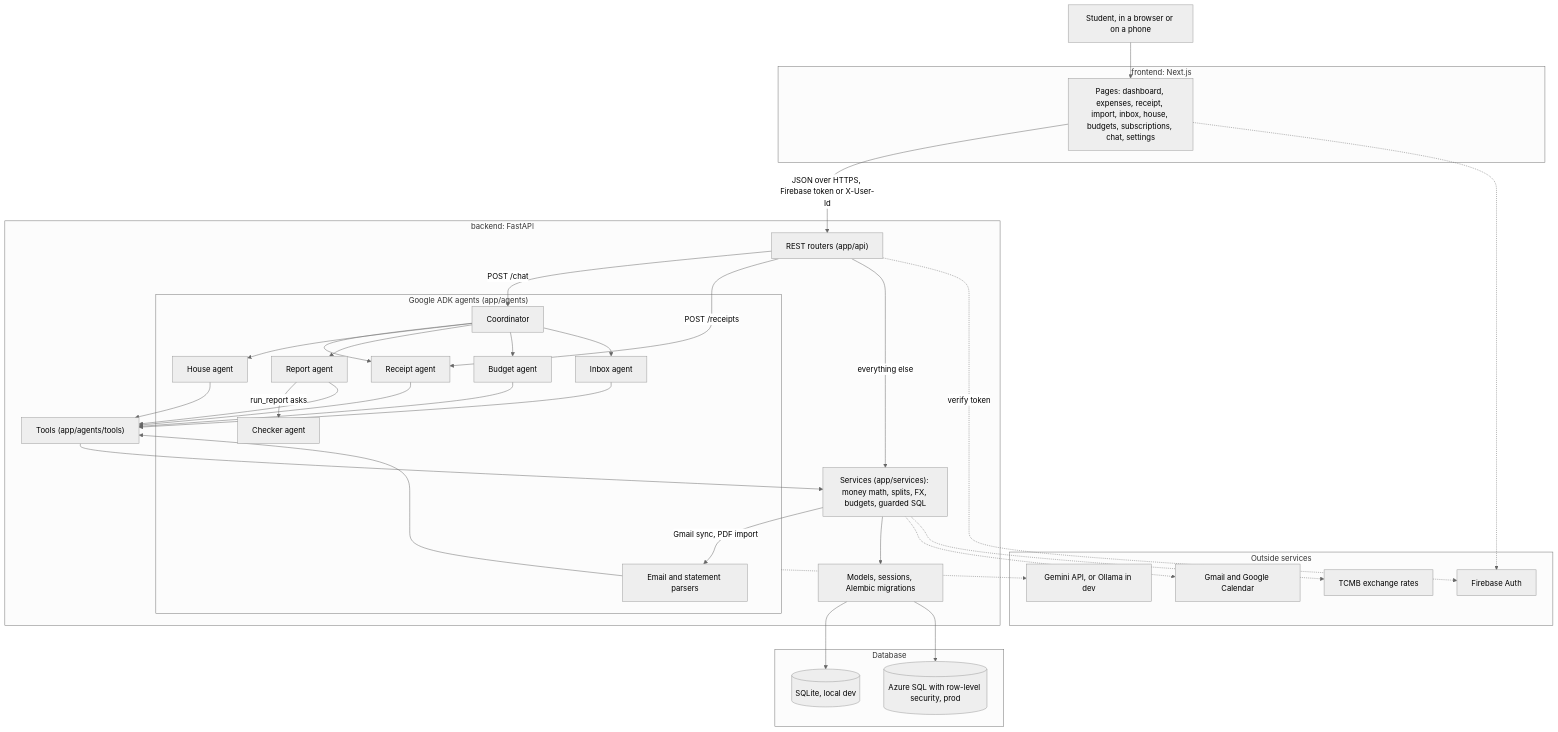
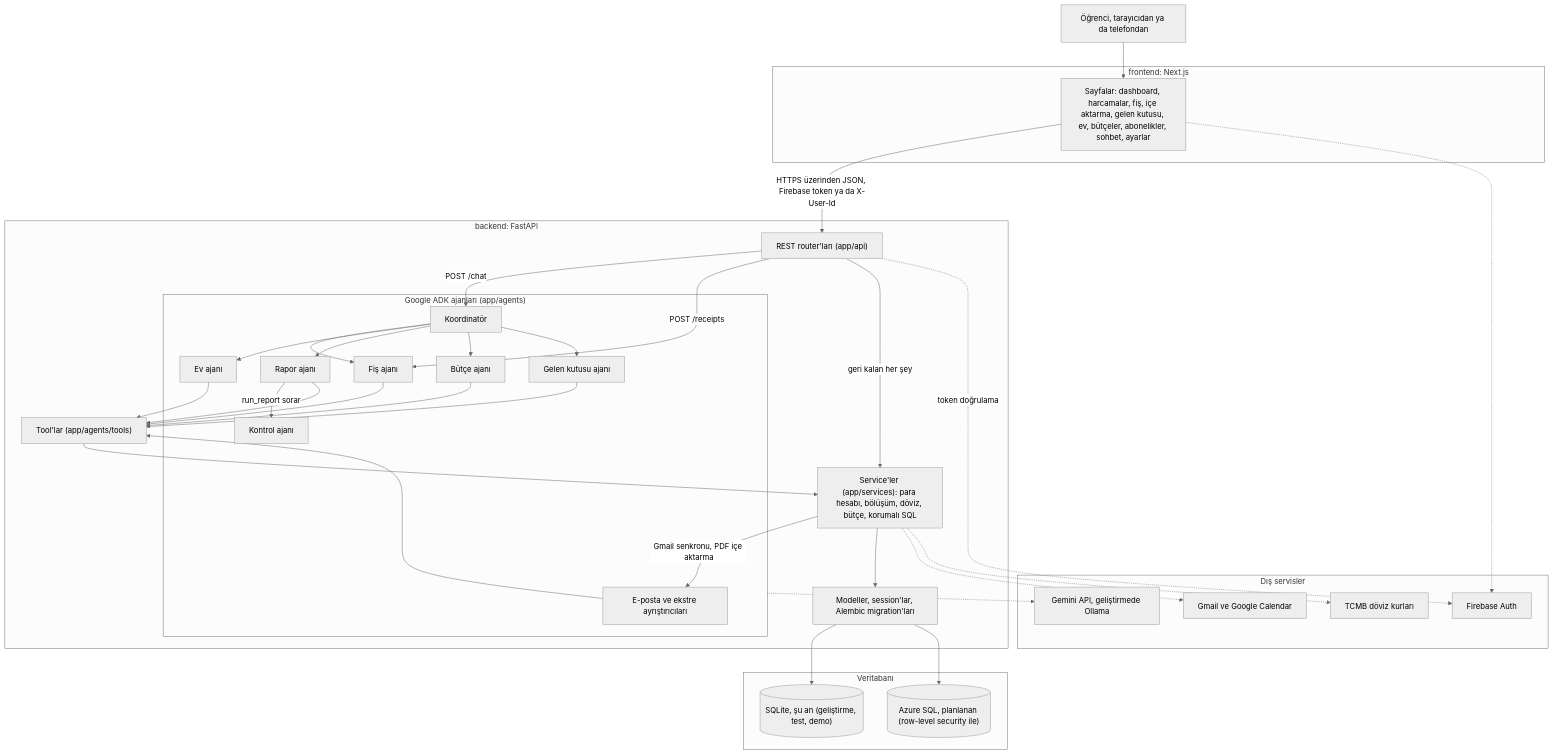
One commit to berkekcay/Kasa-Expense-Agent changed the first of 3 diagrams in docs/ARCHITECTURE.md. Above: the diagram before and after it, drawn with Mermaid (neutral theme). The commit also changed other lines of this file and 6 other files, not shown here.

First line of the commit message:
Docs in Turkish, database plan (SQLite now, Azure SQL later)

````diff
--- a/docs/ARCHITECTURE.md
+++ b/docs/ARCHITECTURE.md
@@ -29,56 +30,56 @@
 ```mermaid
 flowchart TB
-    user["Student, in a browser or on a phone"]
+    user["Öğrenci, tarayıcıdan ya da telefondan"]
 
     subgraph web["frontend: Next.js"]
-        pages["Pages: dashboard, expenses, receipt, import, inbox, house, budgets, subscriptions, chat, settings"]
+        pages["Sayfalar: dashboard, harcamalar, fiş, içe aktarma, gelen kutusu, ev, bütçeler, abonelikler, sohbet, ayarlar"]
     end
 
     subgraph api["backend: FastAPI"]
-        rest["REST routers (app/api)"]
-        subgraph agents["Google ADK agents (app/agents)"]
-            coord["Coordinator"]
-            receipt["Receipt agent"]
-            house["House agent"]
-            report["Report agent"]
-            budget["Budget agent"]
-            inbox["Inbox agent"]
-            checker["Checker agent"]
-            parsers["Email and statement parsers"]
+        rest["REST router'ları (app/api)"]
+        subgraph agents["Google ADK ajanları (app/agents)"]
+            coord["Koordinatör"]
+            receipt["Fiş ajanı"]
+            house["Ev ajanı"]
+            report["Rapor ajanı"]
+            budget["Bütçe ajanı"]
+            inbox["Gelen kutusu ajanı"]
+            checker["Kontrol ajanı"]
+            parsers["E-posta ve ekstre ayrıştırıcıları"]
         end
-        tools["Tools (app/agents/tools)"]
-        services["Services (app/services): money math, splits, FX, budgets, guarded SQL"]
-        dblayer["Models, sessions, Alembic migrations"]
+        tools["Tool'lar (app/agents/tools)"]
+        services["Service'ler (app/services): para hesabı, bölüşüm, döviz, bütçe, korumalı SQL"]
+        dblayer["Modeller, session'lar, Alembic migration'ları"]
     end
 
-    subgraph storage["Database"]
-        sqlite[("SQLite, local dev")]
-        mssql[("Azure SQL with row-level security, prod")]
+    subgraph storage["Veritabanı"]
+        sqlite[("SQLite, şu an (geliştirme, test, demo)")]
+        mssql[("Azure SQL, planlanan (row-level security ile)")]
     end
 
-    subgraph outside["Outside services"]
-        gemini["Gemini API, or Ollama in dev"]
-        gmail["Gmail and Google Calendar"]
-        tcmb["TCMB exchange rates"]
+    subgraph outside["Dış servisler"]
+        gemini["Gemini API, geliştirmede Ollama"]
+        gmail["Gmail ve Google Calendar"]
+        tcmb["TCMB döviz kurları"]
         firebase["Firebase Auth"]
     end
 
     user --> pages
-    pages -->|"JSON over HTTPS, Firebase token or X-User-Id"| rest
+    pages -->|"HTTPS üzerinden JSON, Firebase token ya da X-User-Id"| rest
     rest -->|"POST /chat"| coord
     rest -->|"POST /receipts"| receipt
-    rest -->|"everything else"| services
+    rest -->|"geri kalan her şey"| services
     coord --> receipt & house & report & budget & inbox
-    report -->|"run_report asks"| checker
+    report -->|"run_report sorar"| checker
     receipt & house & report & budget & inbox & parsers --> tools
     tools --> services
-    services -->|"Gmail sync, PDF import"| parsers
+    services -->|"Gmail senkronu, PDF içe aktarma"| parsers
     services --> dblayer
     dblayer --> sqlite
     dblayer --> mssql
     agents -.-> gemini
     services -.-> gmail
     services -.-> tcmb
     pages -.-> firebase
-    rest -.->|"verify token"| firebase
+    rest -.->|"token doğrulama"| firebase
 ```
````
